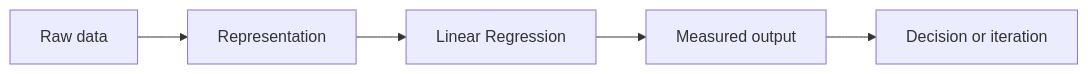
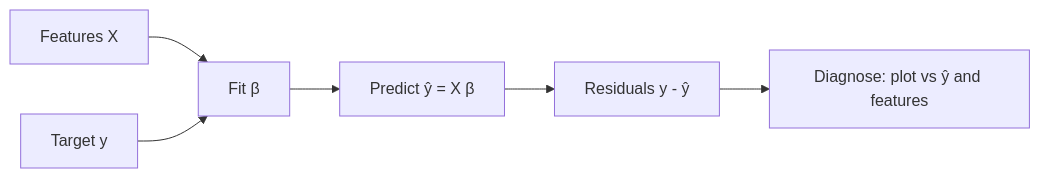
The diagram in classical-ml/01-linear-regression.md (Icon1cc/Machine-Learning), drawn with Mermaid before and after one commit. The commit also changed other lines of this file and 264 other files, not shown here.

````diff
--- a/classical-ml/01-linear-regression.md
+++ b/classical-ml/01-linear-regression.md
@@ -92,7 +144,8 @@
 ```mermaid
 flowchart LR
-    A[Raw data] --> B[Representation]
-    B --> C[Linear Regression]
-    C --> D[Measured output]
-    D --> E[Decision or iteration]
+    X[Features X] --> F[Fit β]
+    Y[Target y] --> F
+    F --> P[Predict ŷ = X β]
+    P --> R[Residuals y - ŷ]
+    R --> D[Diagnose: plot vs ŷ and features]
 ```
````
